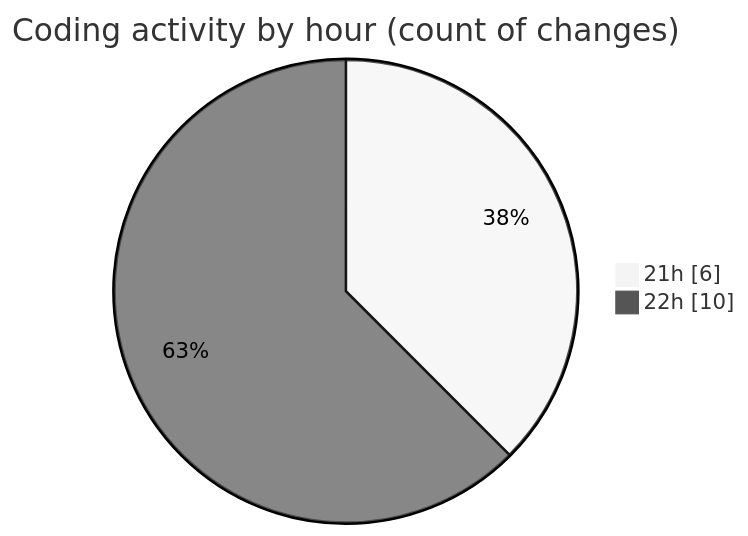
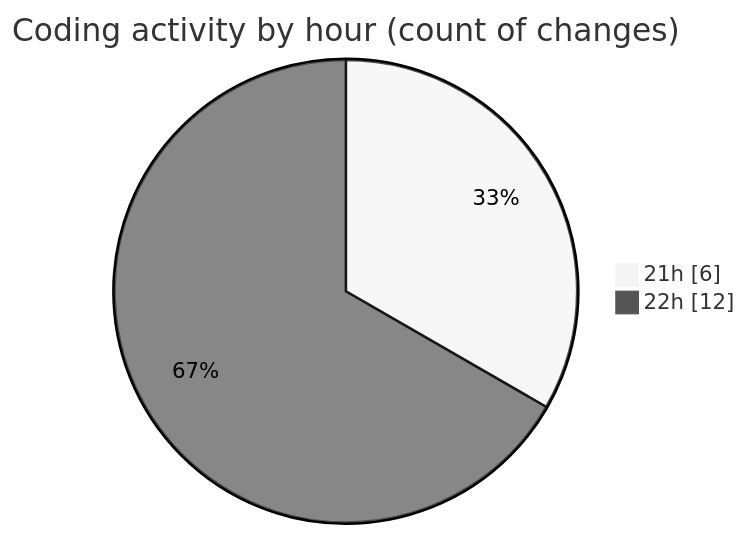
The second of 2 diagrams in 2025-07-24/cohera/README.md (JenPaints/code-tracking), drawn with Mermaid (neutral theme) before and after one commit. The commit also changed other lines of this file and 1 other file, not shown here.

````diff
--- a/2025-07-24/cohera/README.md
+++ b/2025-07-24/cohera/README.md
@@ -37,6 +37,6 @@
 ```mermaid
 pie showData
 title Coding activity by hour (count of changes)
 "21h" : 6
-"22h" : 10
+"22h" : 12
 ```
````
